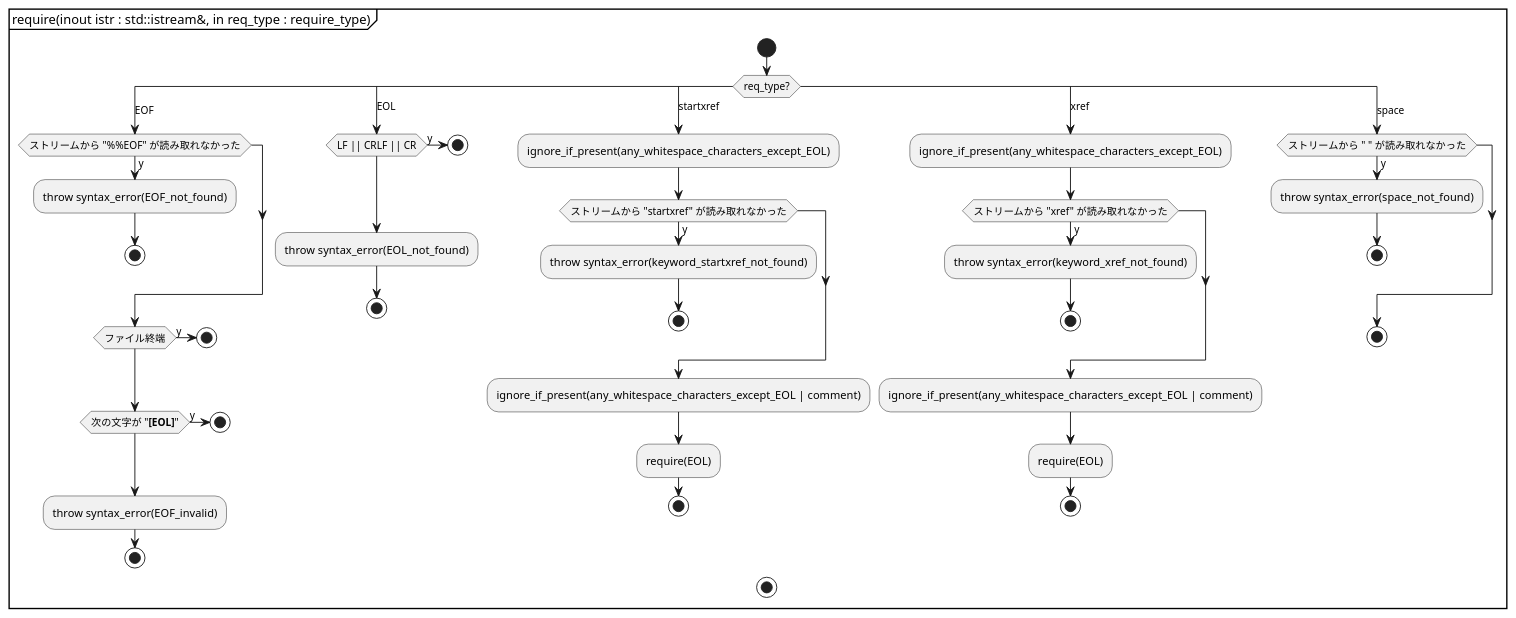
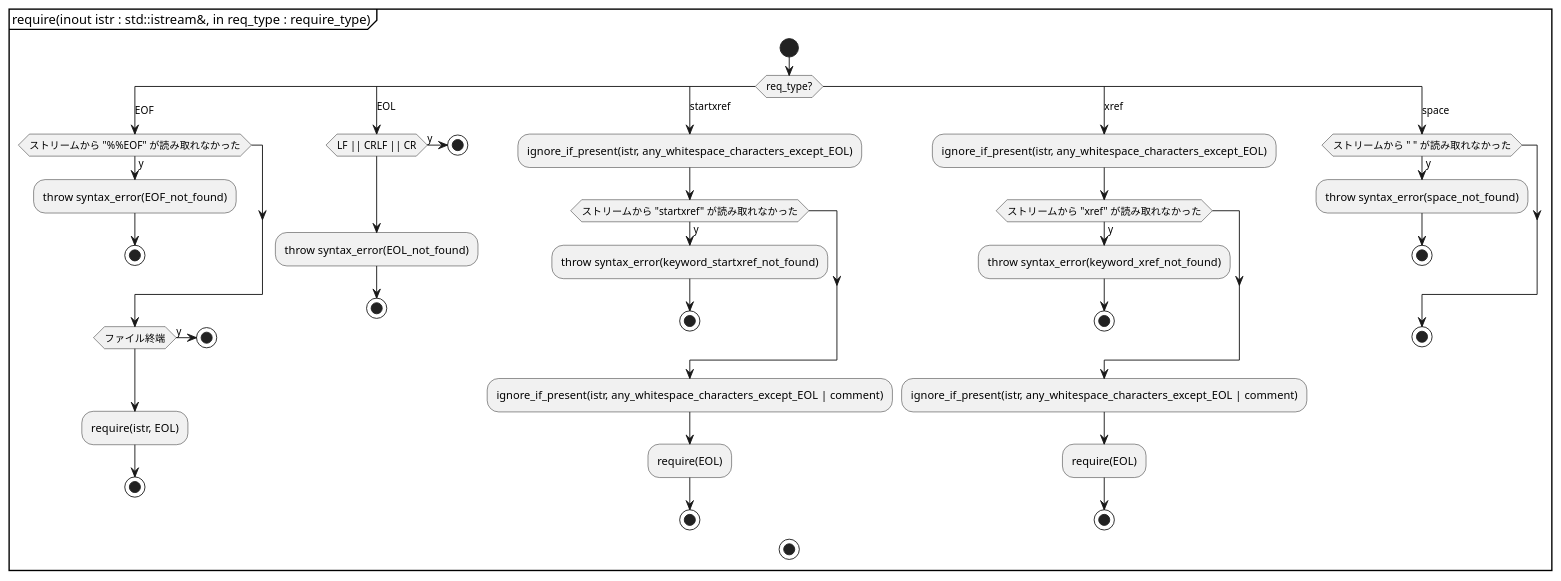
The eighth of 11 diagrams in document/parser.activity.pu (KodaiYM/PDFReader), drawn with PlantUML before and after one commit. The commit also changed other lines of this file and 3 other files, not shown here.

```diff
--- a/document/parser.activity.pu
+++ b/document/parser.activity.pu
@@ -163,55 +163,51 @@
 @startuml require
 partition "require(inout istr : std::istream&, in req_type : require_type)" {
 start
 	switch (req_type?)
 	case (EOF)
 		if (ストリームから "%%EOF" が読み取れなかった) then (y)
 			:throw syntax_error(EOF_not_found);
 			stop
 		endif
 
 		if (ファイル終端) then (y)
 			stop
 		endif
 
-		if (次の文字が "**[EOL]**") then (y)
-			stop
-		endif
-
-		:throw syntax_error(EOF_invalid);
+		:require(istr, EOL);
 		stop
 	case (EOL)
 		if (LF || CRLF || CR) then (y)
 			stop
 		endif
 
 		:throw syntax_error(EOL_not_found);
 		stop
 	case (startxref)
-		:ignore_if_present(any_whitespace_characters_except_EOL);
+		:ignore_if_present(istr, any_whitespace_characters_except_EOL);
 		if (ストリームから "startxref" が読み取れなかった) then (y)
 			:throw syntax_error(keyword_startxref_not_found);
 			stop
 		endif
-		:ignore_if_present(any_whitespace_characters_except_EOL | comment);
+		:ignore_if_present(istr, any_whitespace_characters_except_EOL | comment);
 		:require(EOL);
 		stop
 	case (xref)
-		:ignore_if_present(any_whitespace_characters_except_EOL);
+		:ignore_if_present(istr, any_whitespace_characters_except_EOL);
 		if (ストリームから "xref" が読み取れなかった) then (y)
 			:throw syntax_error(keyword_xref_not_found);
 			stop
 		endif
-		:ignore_if_present(any_whitespace_characters_except_EOL | comment);
+		:ignore_if_present(istr, any_whitespace_characters_except_EOL | comment);
 		:require(EOL);
 		stop
 	case (space)
 		if (ストリームから " " が読み取れなかった) then (y)
 			:throw syntax_error(space_not_found);
 			stop
 		endif
 		stop
 	endswitch
 stop
 }
 @enduml
```
